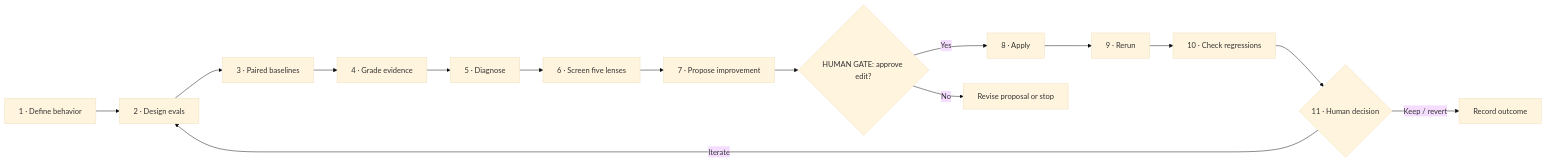
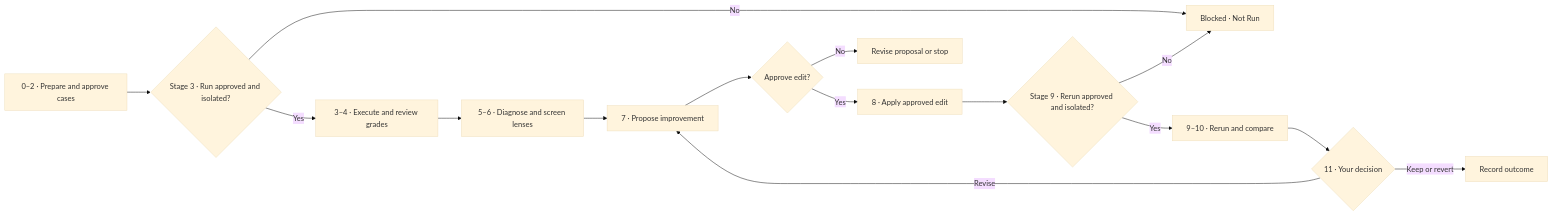
The diagram in skills/refine-skill/README.md (rlynjb/dotskills), drawn with Mermaid (base theme) before and after one commit. The commit also changed other lines of this file, not shown here.

````diff
--- a/skills/refine-skill/README.md
+++ b/skills/refine-skill/README.md
@@ -183,17 +78,17 @@
 ```mermaid
 flowchart LR
-    A["1 · Define behavior"] --> B["2 · Design evals"]
-    B --> C["3 · Paired baselines"]
-    C --> D["4 · Grade evidence"]
-    D --> E["5 · Diagnose"]
-    E --> F["6 · Screen five lenses"]
-    F --> G["7 · Propose improvement"]
-    G --> H{"HUMAN GATE: approve edit?"}
-    H -->|Yes| I["8 · Apply"]
-    H -->|No| J["Revise proposal or stop"]
-    I --> K["9 · Rerun"]
-    K --> L["10 · Check regressions"]
-    L --> M{"11 · Human decision"}
-    M -->|Iterate| B
-    M -->|Keep / revert| N["Record outcome"]
+    A["0–2 · Prepare and approve cases"] --> B{"Stage 3 · Run approved and isolated?"}
+    B -->|No| X["Blocked · Not Run"]
+    B -->|Yes| C["3–4 · Execute and review grades"]
+    C --> D["5–6 · Diagnose and screen lenses"]
+    D --> E["7 · Propose improvement"]
+    E --> F{"Approve edit?"}
+    F -->|No| Y["Revise proposal or stop"]
+    F -->|Yes| G["8 · Apply approved edit"]
+    G --> H{"Stage 9 · Rerun approved and isolated?"}
+    H -->|No| X
+    H -->|Yes| I["9–10 · Rerun and compare"]
+    I --> J{"11 · Your decision"}
+    J -->|Revise| E
+    J -->|Keep or revert| K["Record outcome"]
 ```
````
